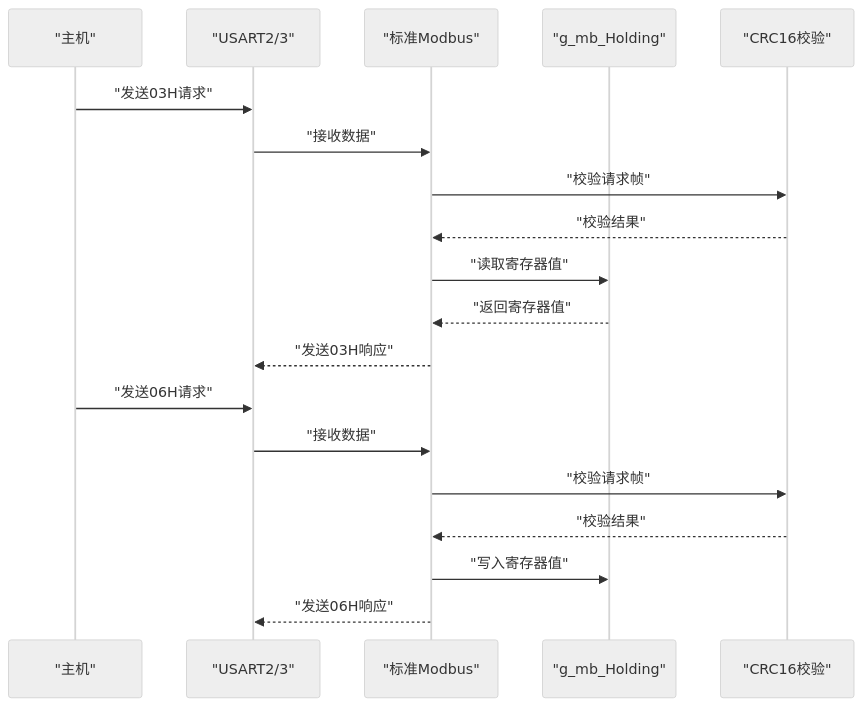
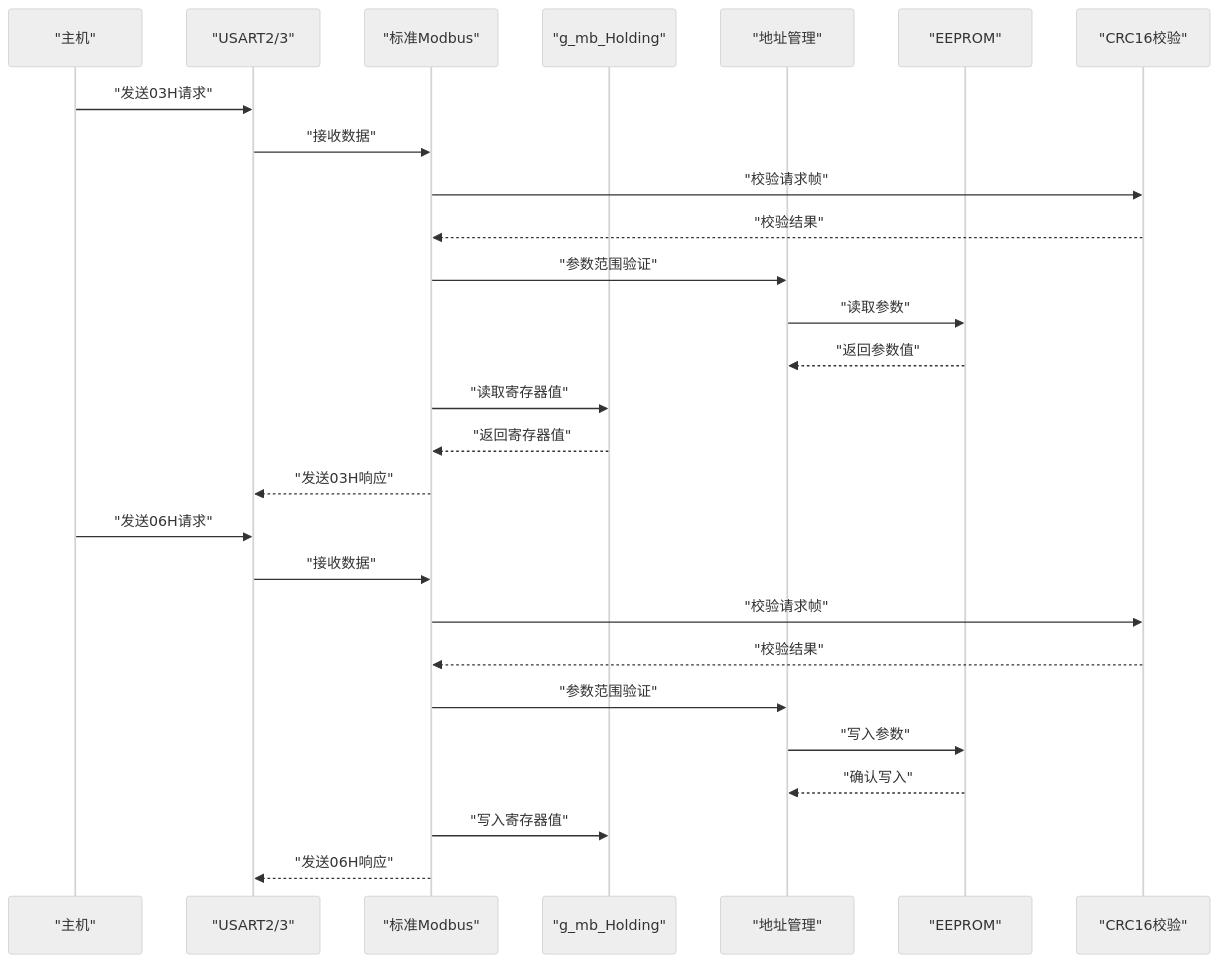
One commit to zym787/general-switcher changed the fourth of 6 diagrams in .qoder/repowiki/zh/content/通信协议栈/Modbus协议实现.md. Above: the diagram before and after it, drawn with Mermaid (neutral theme). The commit also changed other lines of this file and 2 other files, not shown here.

````diff
--- a/.qoder/repowiki/zh/content/通信协议栈/Modbus协议实现.md
+++ b/.qoder/repowiki/zh/content/通信协议栈/Modbus协议实现.md
@@ -193,21 +227,29 @@
 ```mermaid
 sequenceDiagram
 participant Host as "主机"
 participant UART as "USART2/3"
 participant MOD as "标准Modbus"
 participant REG as "g_mb_Holding"
+participant ADDR as "地址管理"
+participant EEPROM as "EEPROM"
 participant CRC as "CRC16校验"
 Host->>UART : "发送03H请求"
 UART->>MOD : "接收数据"
 MOD->>CRC : "校验请求帧"
 CRC-->>MOD : "校验结果"
+MOD->>ADDR : "参数范围验证"
+ADDR->>EEPROM : "读取参数"
+EEPROM-->>ADDR : "返回参数值"
 MOD->>REG : "读取寄存器值"
 REG-->>MOD : "返回寄存器值"
 MOD-->>UART : "发送03H响应"
 Host->>UART : "发送06H请求"
 UART->>MOD : "接收数据"
 MOD->>CRC : "校验请求帧"
 CRC-->>MOD : "校验结果"
+MOD->>ADDR : "参数范围验证"
+ADDR->>EEPROM : "写入参数"
+EEPROM-->>ADDR : "确认写入"
 MOD->>REG : "写入寄存器值"
 MOD-->>UART : "发送06H响应"
 ```
````
